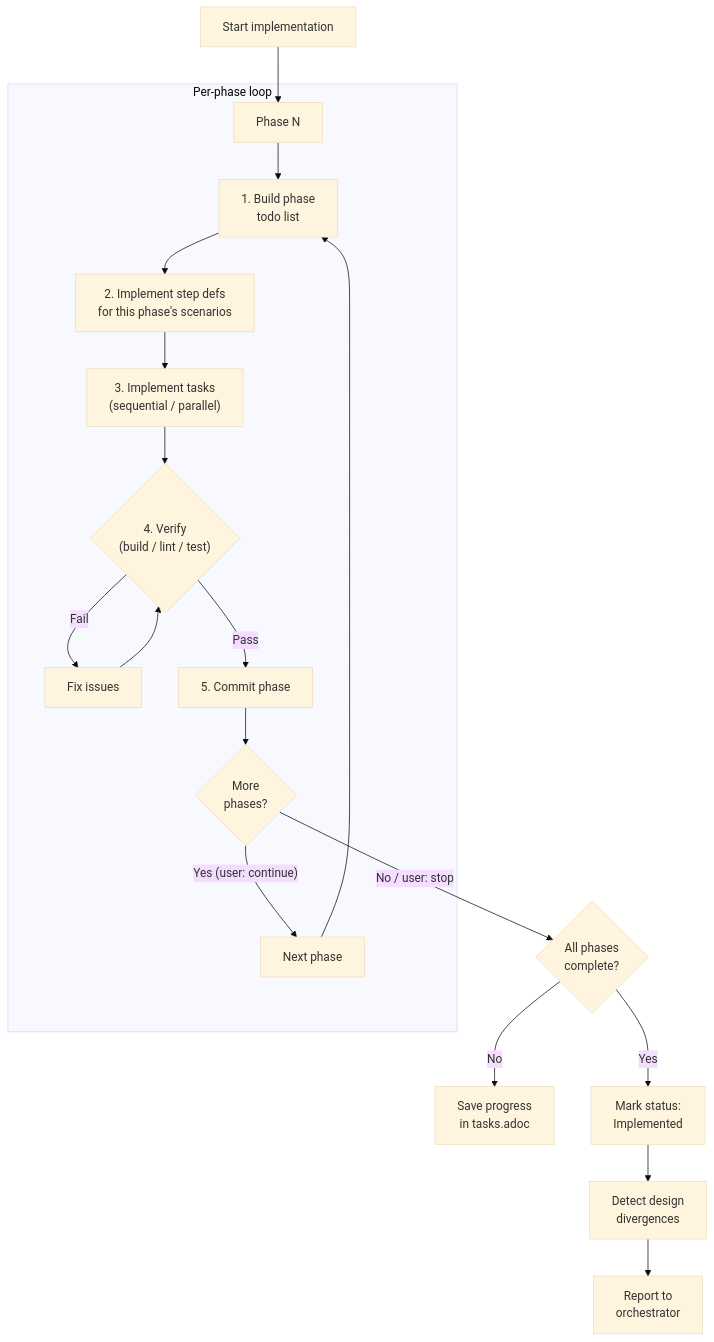
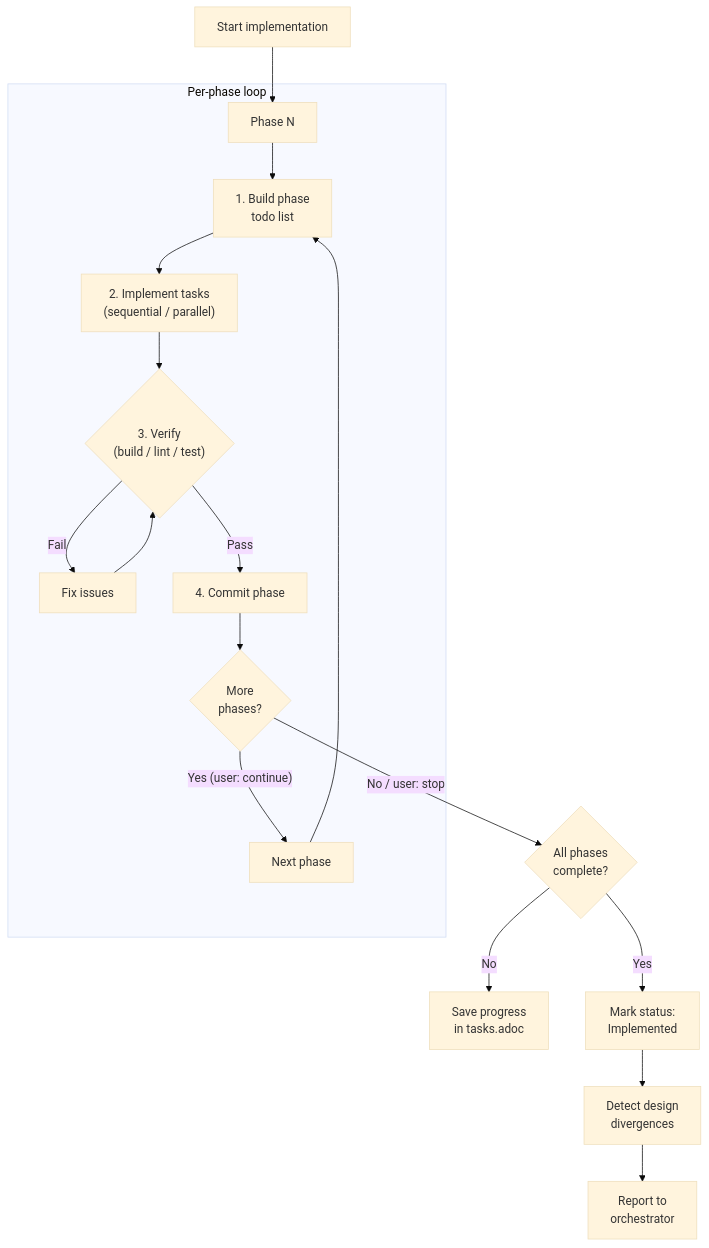
Before and after one commit to provenimpact/proven-capability: the diagram in skills/needs-implementation/SKILL.md, drawn with Mermaid (base theme). The commit also changed other lines of this file and 20 other files, not shown here.

````diff
--- a/skills/needs-implementation/SKILL.md
+++ b/skills/needs-implementation/SKILL.md
@@ -85,21 +86,20 @@
 ```mermaid
 flowchart TD
     START["Start implementation"] --> PHASE["Phase N"]
 
     subgraph loop ["Per-phase loop"]
         PHASE --> TODO["1. Build phase<br/>todo list"]
-        TODO --> STEPS["2. Implement step defs<br/>for this phase's scenarios"]
-        STEPS --> IMPL["3. Implement tasks<br/>(sequential / parallel)"]
-        IMPL --> VERIFY{"4. Verify<br/>(build / lint / test)"}
+        TODO --> IMPL["2. Implement tasks<br/>(sequential / parallel)"]
+        IMPL --> VERIFY{"3. Verify<br/>(build / lint / test)"}
         VERIFY -->|Fail| FIX["Fix issues"] --> VERIFY
-        VERIFY -->|Pass| COMMIT["5. Commit phase"]
+        VERIFY -->|Pass| COMMIT["4. Commit phase"]
         COMMIT --> MORE{"More<br/>phases?"}
         MORE -->|"Yes (user: continue)"| NEXT["Next phase"] --> TODO
     end
 
     MORE -->|"No / user: stop"| FINAL{"All phases<br/>complete?"}
     FINAL -->|No| SAVE["Save progress<br/>in tasks.adoc"]
     FINAL -->|Yes| MARK["Mark status:<br/>Implemented"]
     MARK --> DIVERGE["Detect design<br/>divergences"]
     DIVERGE --> REPORT["Report to<br/>orchestrator"]
 ```
````
